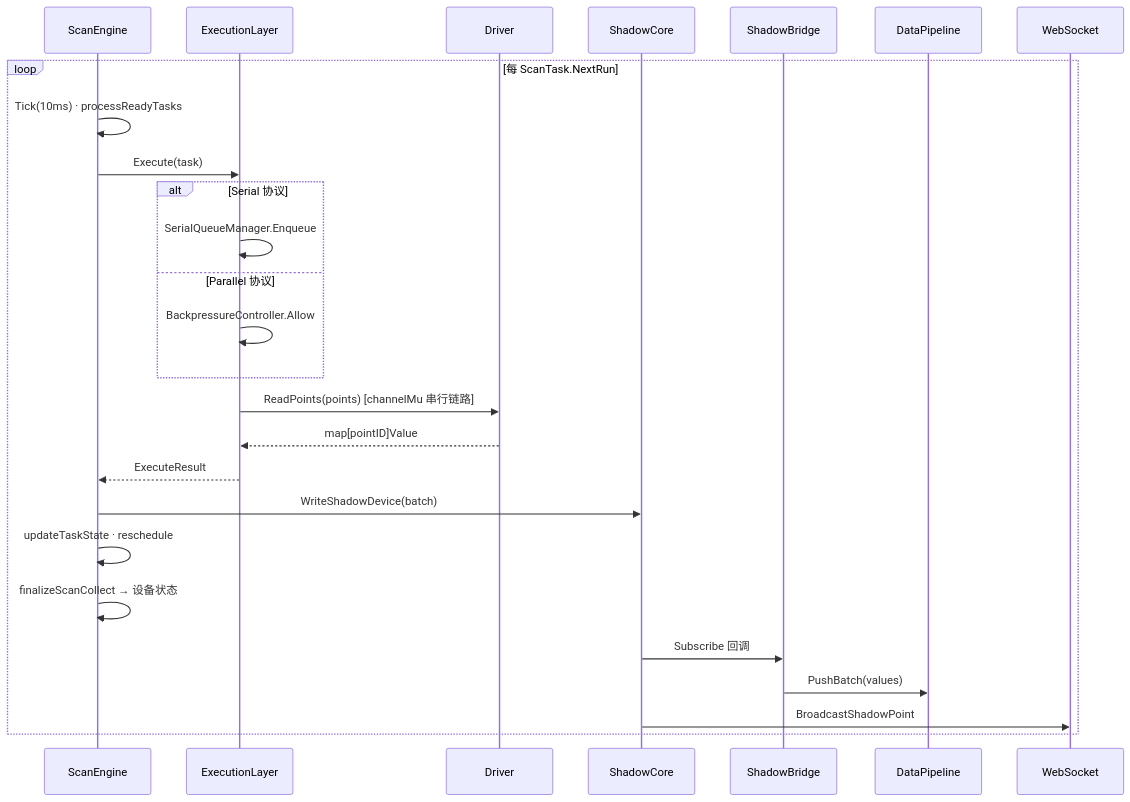
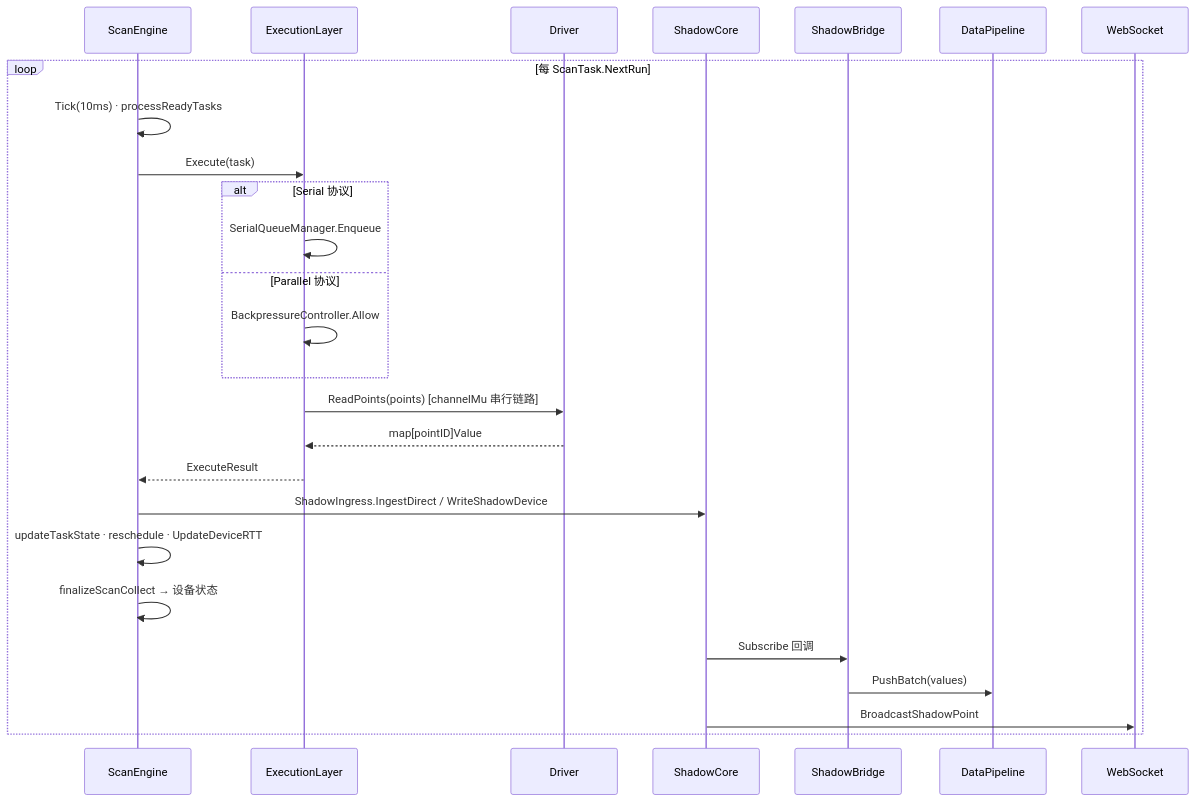
The third of 3 diagrams in docs/edge/边缘网关架构设计总览.md (anviod/edgex), drawn with Mermaid before and after one commit. The commit also changed other lines of this file and 68 other files, not shown here.

````diff
--- a/docs/edge/边缘网关架构设计总览.md
+++ b/docs/edge/边缘网关架构设计总览.md
@@ -307,29 +354,29 @@
 ```mermaid
 sequenceDiagram
     participant SE as ScanEngine
     participant EL as ExecutionLayer
     participant DRV as Driver
     participant SC as ShadowCore
     participant SB as ShadowBridge
     participant PL as DataPipeline
     participant WS as WebSocket
 
     loop 每 ScanTask.NextRun
         SE->>SE: Tick(10ms) · processReadyTasks
         SE->>EL: Execute(task)
         alt Serial 协议
             EL->>EL: SerialQueueManager.Enqueue
         else Parallel 协议
             EL->>EL: BackpressureController.Allow
         end
         EL->>DRV: ReadPoints(points) [channelMu 串行链路]
         DRV-->>EL: map[pointID]Value
         EL-->>SE: ExecuteResult
-        SE->>SC: WriteShadowDevice(batch)
-        SE->>SE: updateTaskState · reschedule
+        SE->>SC: ShadowIngress.IngestDirect / WriteShadowDevice
+        SE->>SE: updateTaskState · reschedule · UpdateDeviceRTT
         SE->>SE: finalizeScanCollect → 设备状态
         SC->>SB: Subscribe 回调
         SB->>PL: PushBatch(values)
         SC->>WS: BroadcastShadowPoint
     end
 ```
````
